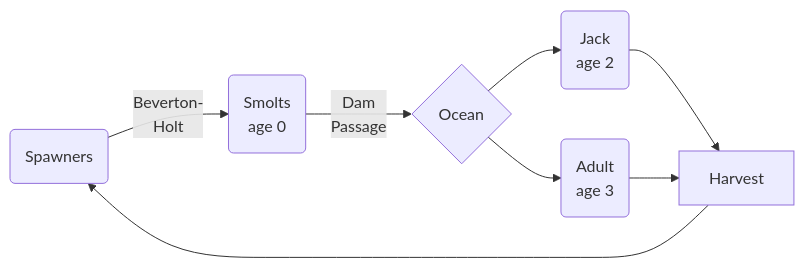
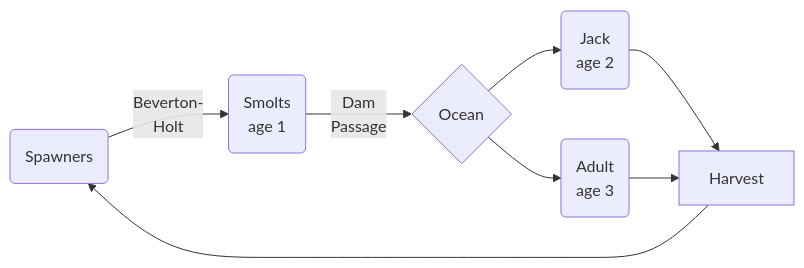
Before and after one commit to jkbest2/wynoochee-ipm: the second of 2 diagrams in docs/wynoochee-ipm-presentation.qmd, drawn with Mermaid. The commit also changed other lines of this file and 2 other files, not shown here.

````diff
--- a/docs/wynoochee-ipm-presentation.qmd
+++ b/docs/wynoochee-ipm-presentation.qmd
@@ -55,11 +58,11 @@
 ```{mermaid}
 flowchart LR
-    S(Spawners) -->|Beverton-\nHolt| M(Smolts\nage 0)
+    S(Spawners) -->|Beverton-\nHolt| M(Smolts\nage 1)
     M -->|Dam\nPassage| O{Ocean}
     O --> J(Jack\nage 2)
     O --> A(Adult\nage 3)
     J --> H[Harvest]
     A --> H
     H --> S
     %%H-. Strays .->S
 ```
````
